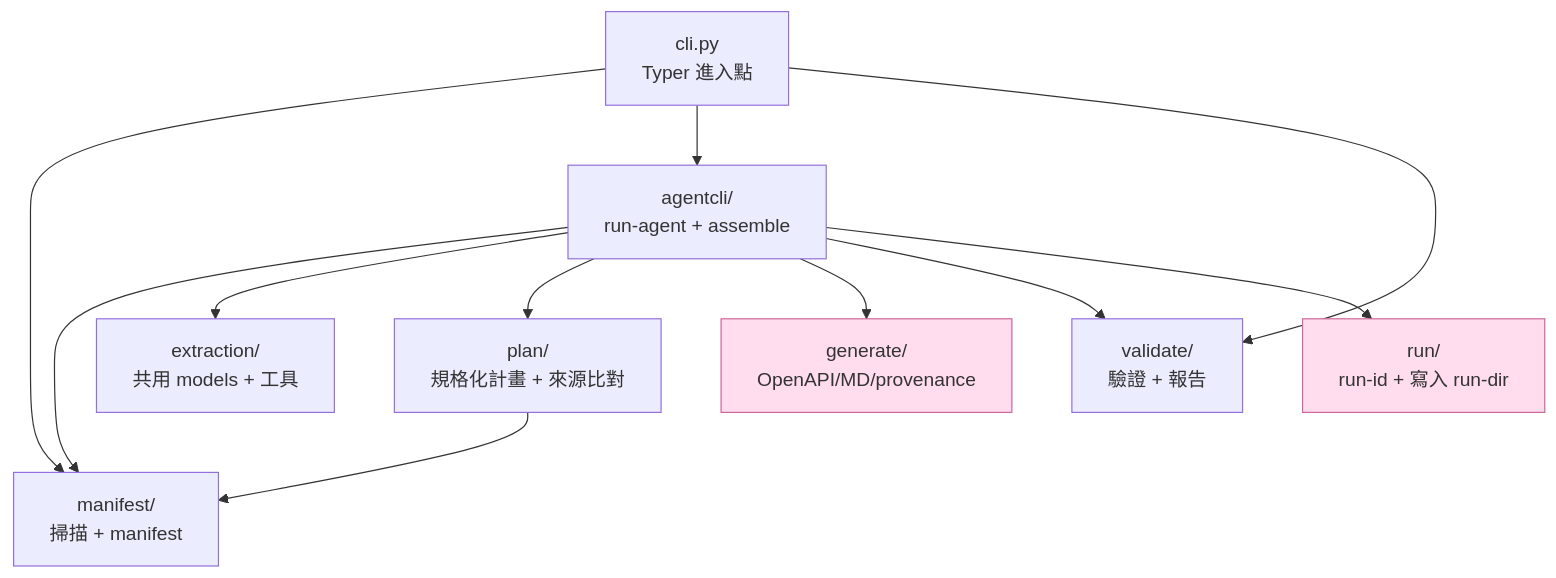
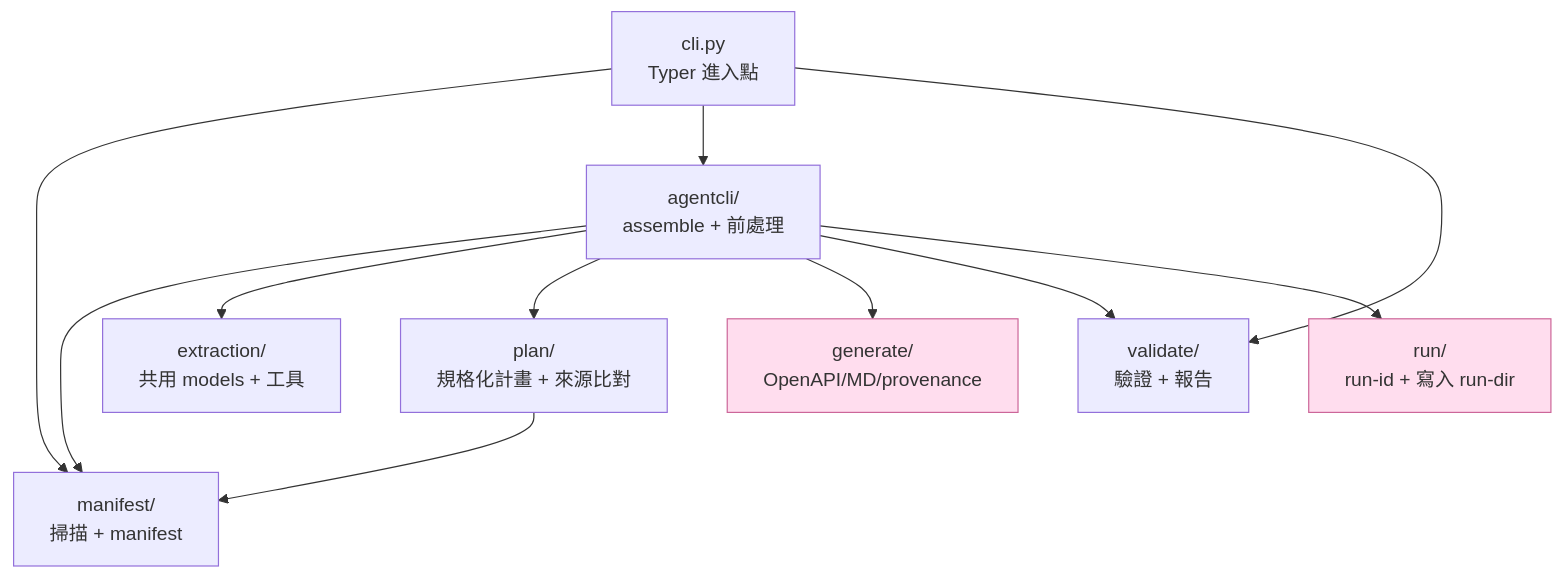
The second of 2 diagrams in docs/ARCHITECTURE.md (CarlLee1983/loop-apidoc), drawn with Mermaid before and after one commit. The commit also changed other lines of this file and 6 other files, not shown here.

````diff
--- a/docs/ARCHITECTURE.md
+++ b/docs/ARCHITECTURE.md
@@ -48,20 +48,20 @@
 ```mermaid
 flowchart TD
     cli[cli.py<br/>Typer 進入點]
 
     cli --> manifest[manifest/<br/>掃描 + manifest]
-    cli --> agentcli[agentcli/<br/>run-agent + assemble]
+    cli --> agentcli[agentcli/<br/>assemble + 前處理]
     cli --> validate[validate/<br/>驗證 + 報告]
 
     agentcli --> manifest
     agentcli --> extraction[extraction/<br/>共用 models + 工具]
     agentcli --> plan[plan/<br/>規格化計畫 + 來源比對]
     agentcli --> generate[generate/<br/>OpenAPI/MD/provenance]
     agentcli --> validate
     agentcli --> run[run/<br/>run-id + 寫入 run-dir]
 
     plan --> manifest
 
     classDef io fill:#fde,stroke:#c69
     class generate,run io
 ```
````
